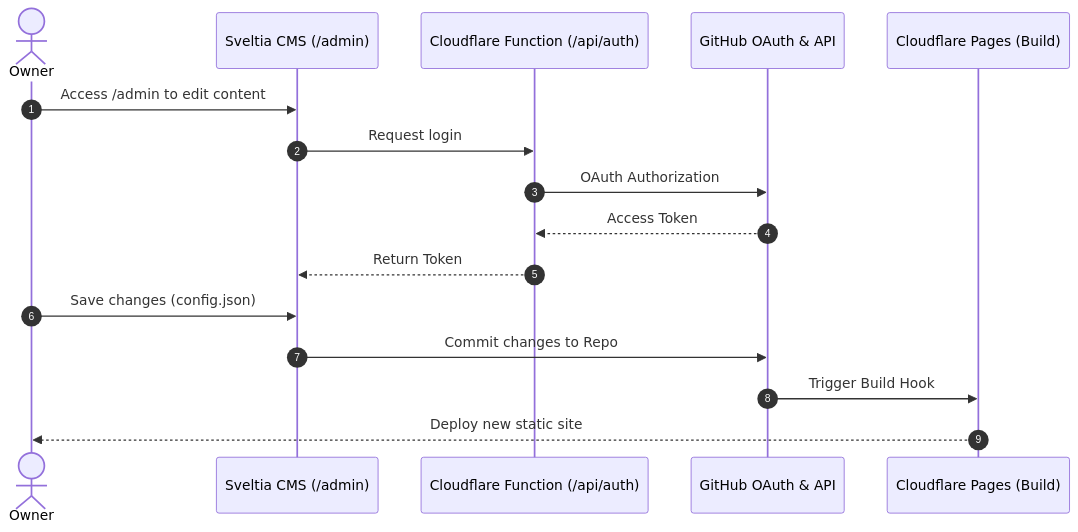
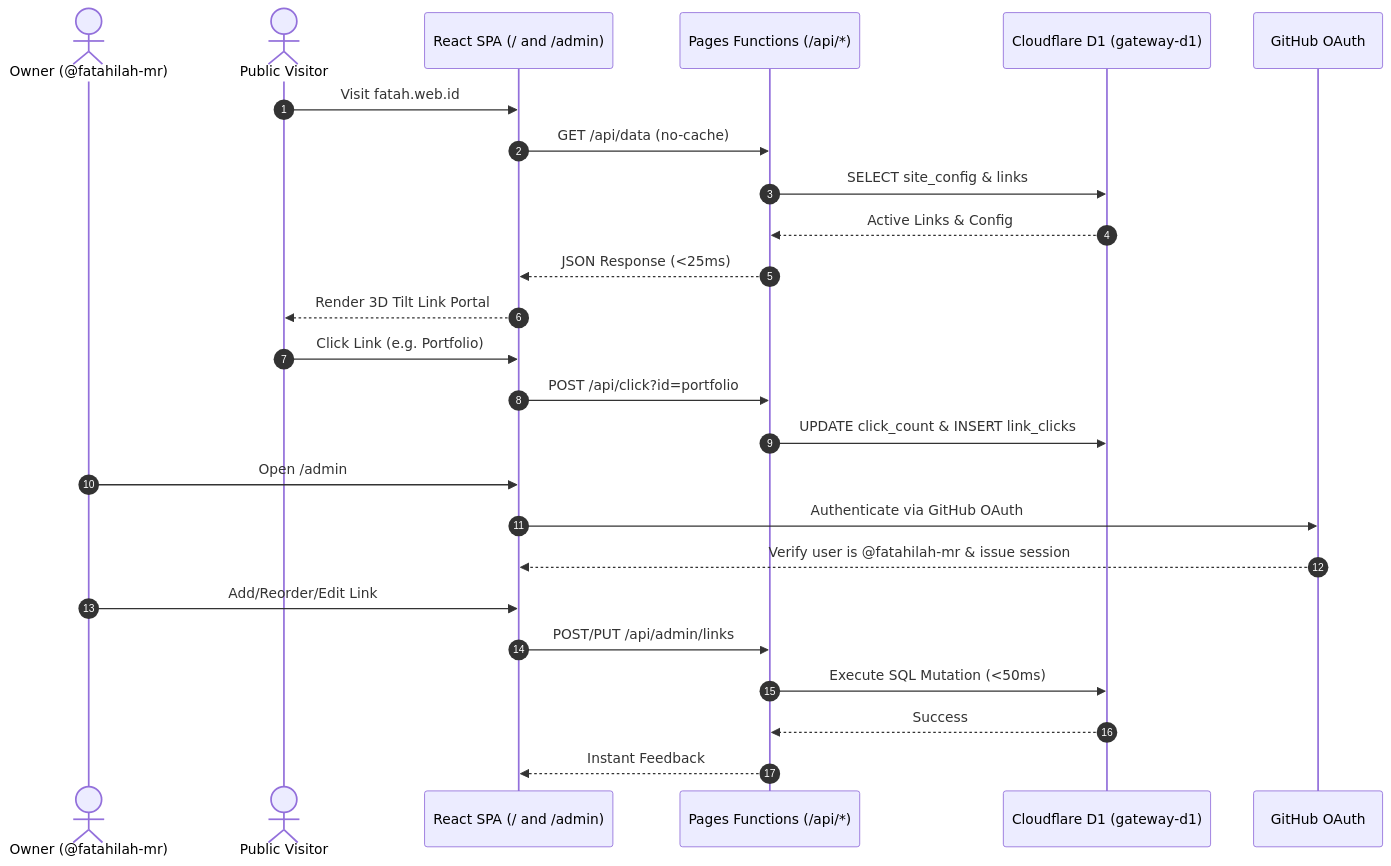
One commit to fatahilah-mr/gateway changed the diagram in CONTEXT.md. Above: the diagram before and after it, drawn with Mermaid. The commit also changed other lines of this file and 587 other files, not shown here.

First line of the commit message:
feat(overhaul): migrate to Cloudflare D1 with native admin portal and zero-cache latency

````diff
--- a/CONTEXT.md
+++ b/CONTEXT.md
@@ -43,19 +51,30 @@
 ```mermaid
 sequenceDiagram
     autonumber
-    actor Owner
-    participant CMS as Sveltia CMS (/admin)
-    participant Auth as Cloudflare Function (/api/auth)
-    participant GitHub as GitHub OAuth & API
-    participant Cloudflare as Cloudflare Pages (Build)
+    actor Owner as Owner (@fatahilah-mr)
+    actor Visitor as Public Visitor
+    participant Frontend as React SPA (/ and /admin)
+    participant API as Pages Functions (/api/*)
+    participant D1 as Cloudflare D1 (gateway-d1)
+    participant GH as GitHub OAuth
 
-    Owner->>CMS: Access /admin to edit content
-    CMS->>Auth: Request login
-    Auth->>GitHub: OAuth Authorization
-    GitHub-->>Auth: Access Token
-    Auth-->>CMS: Return Token
-    Owner->>CMS: Save changes (config.json)
-    CMS->>GitHub: Commit changes to Repo
-    GitHub->>Cloudflare: Trigger Build Hook
-    Cloudflare-->>Owner: Deploy new static site
+    Visitor->>Frontend: Visit fatah.web.id
+    Frontend->>API: GET /api/data (no-cache)
+    API->>D1: SELECT site_config & links
+    D1-->>API: Active Links & Config
+    API-->>Frontend: JSON Response (<25ms)
+    Frontend-->>Visitor: Render 3D Tilt Link Portal
+
+    Visitor->>Frontend: Click Link (e.g. Portfolio)
+    Frontend->>API: POST /api/click?id=portfolio
+    API->>D1: UPDATE click_count & INSERT link_clicks
+
+    Owner->>Frontend: Open /admin
+    Frontend->>GH: Authenticate via GitHub OAuth
+    GH-->>Frontend: Verify user is @fatahilah-mr & issue session
+    Owner->>Frontend: Add/Reorder/Edit Link
+    Frontend->>API: POST/PUT /api/admin/links
+    API->>D1: Execute SQL Mutation (<50ms)
+    D1-->>API: Success
+    API-->>Frontend: Instant Feedback
 ```
````
